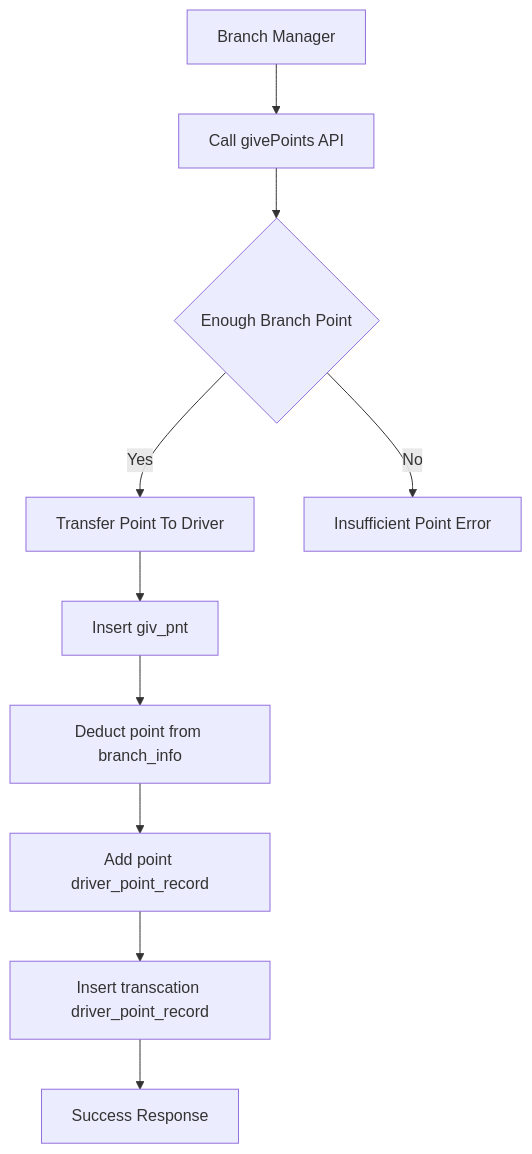
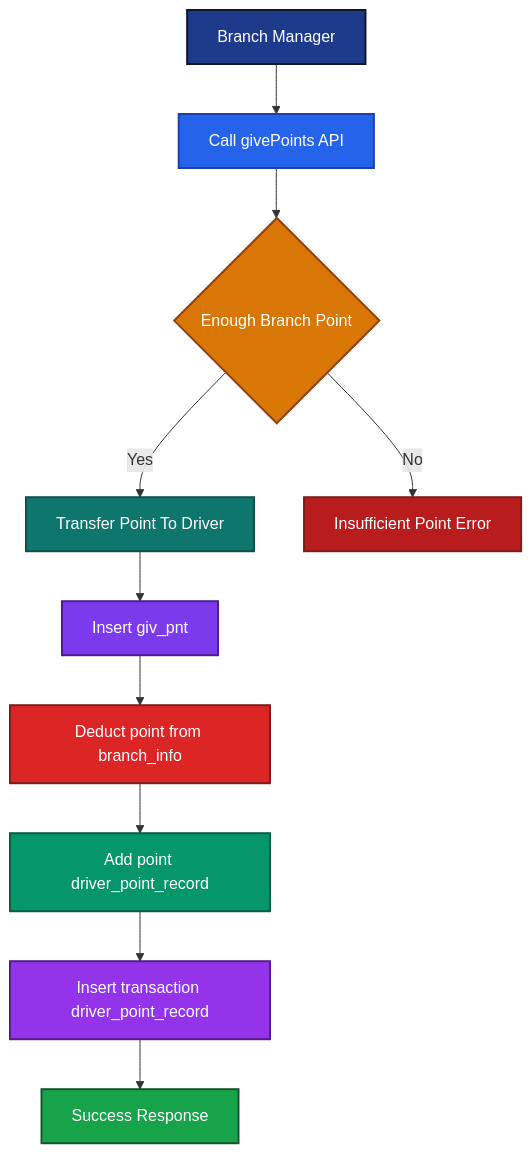
One commit to KSW-IT/point-flow-documentation changed the second of 6 diagrams in Point_Flow.md. Above: the diagram before and after it, drawn with Mermaid. The commit also changed other lines of this file, not shown here.

````diff
--- a/Point_Flow.md
+++ b/Point_Flow.md
@@ -126,22 +133,34 @@
 ```mermaid
 flowchart TD
 
     A[Branch Manager]
     --> B[Call givePoints API]
 
     B --> C{Enough Branch Point}
 
     C -->|Yes| D[Transfer Point To Driver]
 
     D --> E[Insert giv_pnt]
 
     E --> F[Deduct point from branch_info]
 
     F --> G[Add point driver_point_record]
 
-    G --> H[Insert transcation driver_point_record]
+    G --> H[Insert transaction driver_point_record]
 
     H --> I[Success Response]
 
     C -->|No| J[Insufficient Point Error]
+
+    %% Styles
+    style A fill:#1E3A8A,color:#ffffff,stroke:#0F172A,stroke-width:2px
+    style B fill:#2563EB,color:#ffffff,stroke:#1E40AF,stroke-width:2px
+    style C fill:#D97706,color:#ffffff,stroke:#92400E,stroke-width:2px
+    style D fill:#0F766E,color:#ffffff,stroke:#134E4A,stroke-width:2px
+    style E fill:#7C3AED,color:#ffffff,stroke:#4C1D95,stroke-width:2px
+    style F fill:#DC2626,color:#ffffff,stroke:#7F1D1D,stroke-width:2px
+    style G fill:#059669,color:#ffffff,stroke:#065F46,stroke-width:2px
+    style H fill:#9333EA,color:#ffffff,stroke:#581C87,stroke-width:2px
+    style I fill:#16A34A,color:#ffffff,stroke:#14532D,stroke-width:2px
+    style J fill:#B91C1C,color:#ffffff,stroke:#7F1D1D,stroke-width:2px
 ```
````
